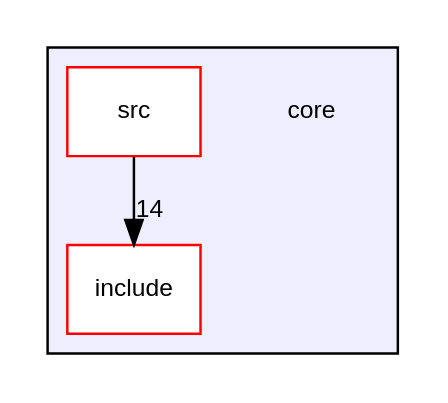
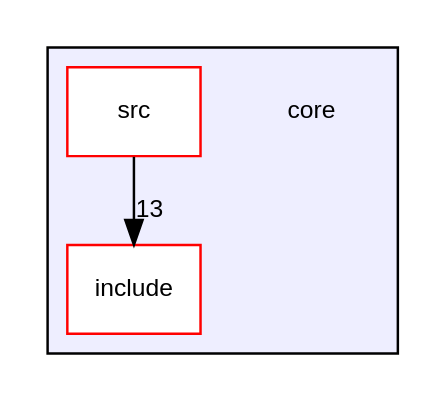
One commit to Germanvelardez2018/simo.v2 changed the diagram in docs/dir_4270bfced15e0e73154b13468c7c9ad9_dep.dot. Above: the diagram before and after it, drawn with Graphviz. The commit also changed 54 other files, not shown here.

```diff
--- a/docs/dir_4270bfced15e0e73154b13468c7c9ad9_dep.dot
+++ b/docs/dir_4270bfced15e0e73154b13468c7c9ad9_dep.dot
@@ -1,12 +1,12 @@
 digraph "core" {
   compound=true
   node [ fontsize="10", fontname="Helvetica"];
   edge [ labelfontsize="10", labelfontname="Helvetica"];
   subgraph clusterdir_4270bfced15e0e73154b13468c7c9ad9 {
     graph [ bgcolor="#eeeeff", pencolor="black", label="" URL="dir_4270bfced15e0e73154b13468c7c9ad9.html"];
     dir_4270bfced15e0e73154b13468c7c9ad9 [shape=plaintext label="core"];
     dir_24d671cfcbc5d5238a6bd565a49d198f [shape=box label="include" color="red" fillcolor="white" style="filled" URL="dir_24d671cfcbc5d5238a6bd565a49d198f.html"];
     dir_90fd98a0ba30abf7a6068a44995d2d6b [shape=box label="src" color="red" fillcolor="white" style="filled" URL="dir_90fd98a0ba30abf7a6068a44995d2d6b.html"];
   }
-  dir_90fd98a0ba30abf7a6068a44995d2d6b->dir_24d671cfcbc5d5238a6bd565a49d198f [headlabel="14", labeldistance=1.5 headhref="dir_000006_000001.html"];
+  dir_90fd98a0ba30abf7a6068a44995d2d6b->dir_24d671cfcbc5d5238a6bd565a49d198f [headlabel="13", labeldistance=1.5 headhref="dir_000006_000001.html"];
 }
```
